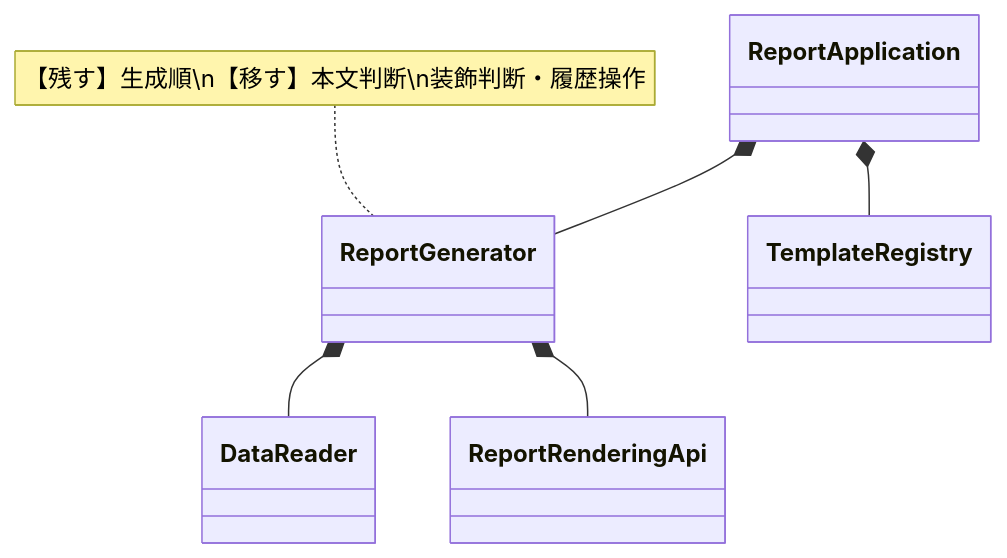
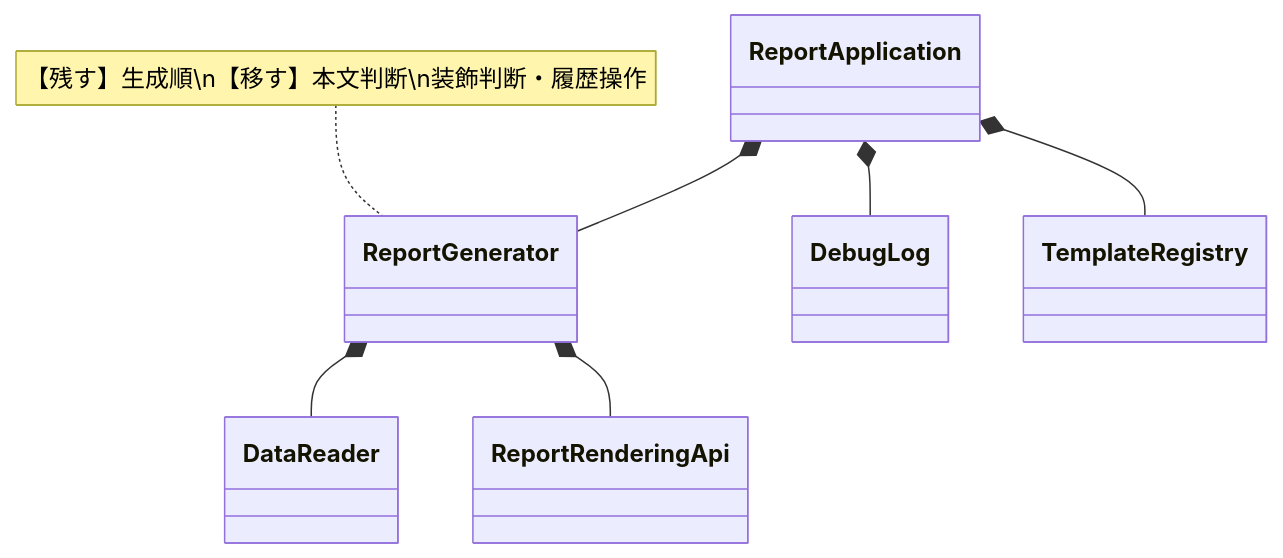
One commit to kumachan1101-pixel/DesignPattern changed the sixth of 15 diagrams in kindle/design-patterns/output/chapter11.md. Above: the diagram before and after it, drawn with Mermaid. The commit also changed other lines of this file and 7 other files, not shown here.

````diff
--- a/kindle/design-patterns/output/chapter11.md
+++ b/kindle/design-patterns/output/chapter11.md
@@ -1081,19 +1194,23 @@
 ```mermaid
 classDiagram
     direction TB
     class ReportApplication
     class ReportGenerator
+    class DebugLog
     class DataReader
     class TemplateRegistry
     class ReportRenderingApi
 
     ReportApplication *-- ReportGenerator
     ReportApplication *-- TemplateRegistry
+    ReportApplication *-- DebugLog
     ReportGenerator *-- DataReader
     ReportGenerator *-- ReportRenderingApi
 
     note for ReportGenerator "【残す】生成順\n【移す】本文判断\n装飾判断・履歴操作"
 
     classDef focus fill:#FFF2CC,stroke:#D6B656,stroke-width:2px,color:#222
+    classDef stable fill:#DDEBF7,stroke:#5B9BD5,stroke-width:1.5px,color:#222
     cssClass "ReportGenerator" focus
+    cssClass "DebugLog,DataReader,TemplateRegistry,ReportRenderingApi" stable
 ```
````
